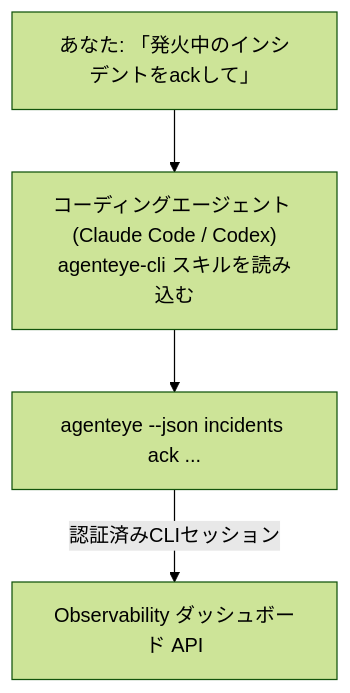
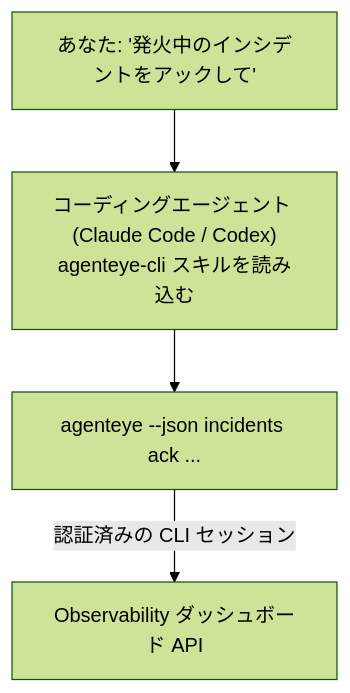
One commit to GongYuanCaiJi/failproofai changed the diagram in docs/ja/agenteye/cli-skill.mdx. Above: the diagram before and after it, drawn with Mermaid (forest theme). The commit also changed other lines of this file and 364 other files, not shown here.

````diff
--- a/docs/ja/agenteye/cli-skill.mdx
+++ b/docs/ja/agenteye/cli-skill.mdx
@@ -26,6 +28,6 @@
 ```mermaid
 flowchart TD
-    YOU["あなた: 「発火中のインシデントをackして」"] --> AGENT["コーディングエージェント (Claude Code / Codex)<br/>agenteye-cli スキルを読み込む"]
+    YOU["あなた: '発火中のインシデントをアックして'"] --> AGENT["コーディングエージェント (Claude Code / Codex)<br/>agenteye-cli スキルを読み込む"]
     AGENT --> CLI["agenteye --json incidents ack ..."]
-    CLI -->|認証済みCLIセッション| API["Observability ダッシュボード API"]
+    CLI -->|認証済みの CLI セッション| API["Observability ダッシュボード API"]
 ```
````
